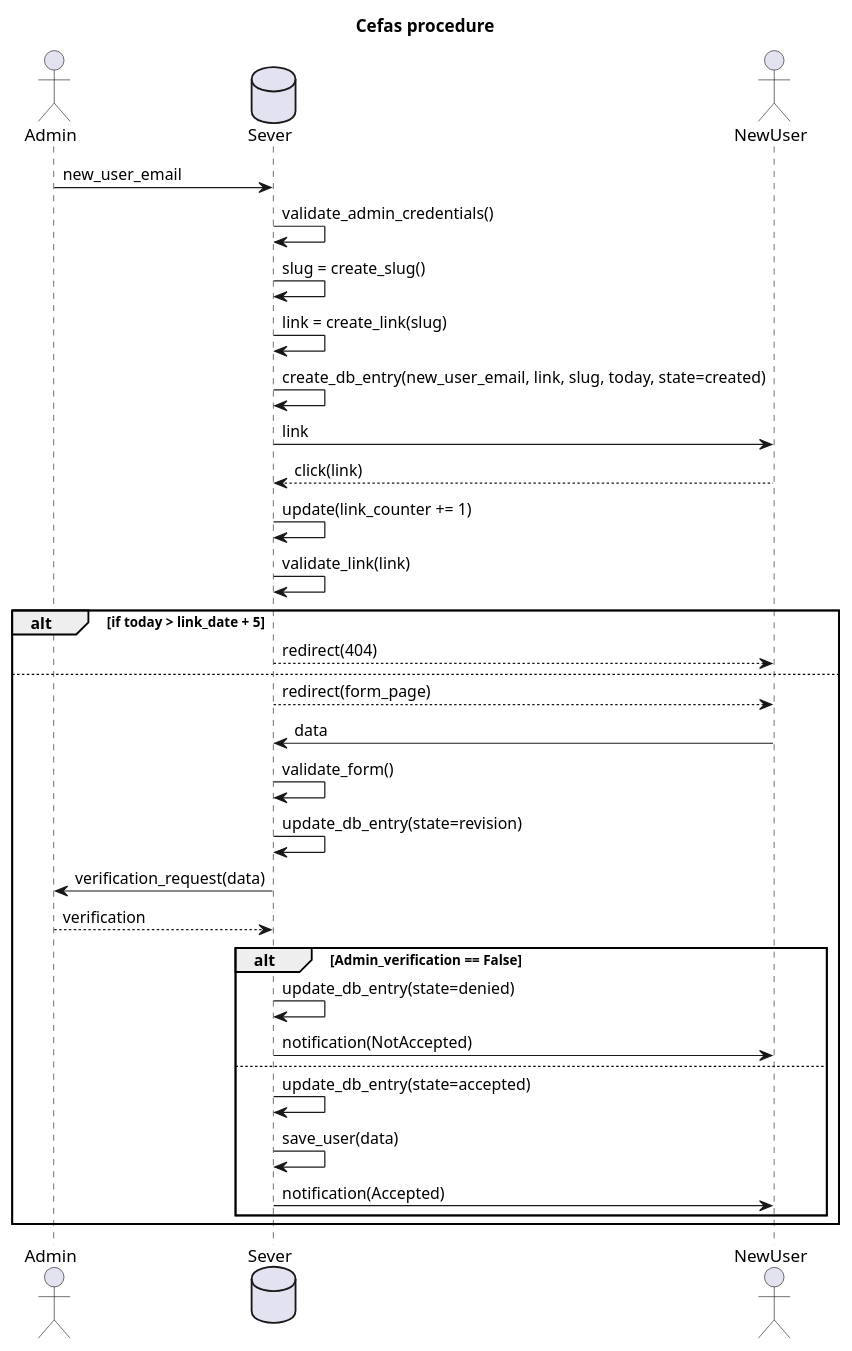
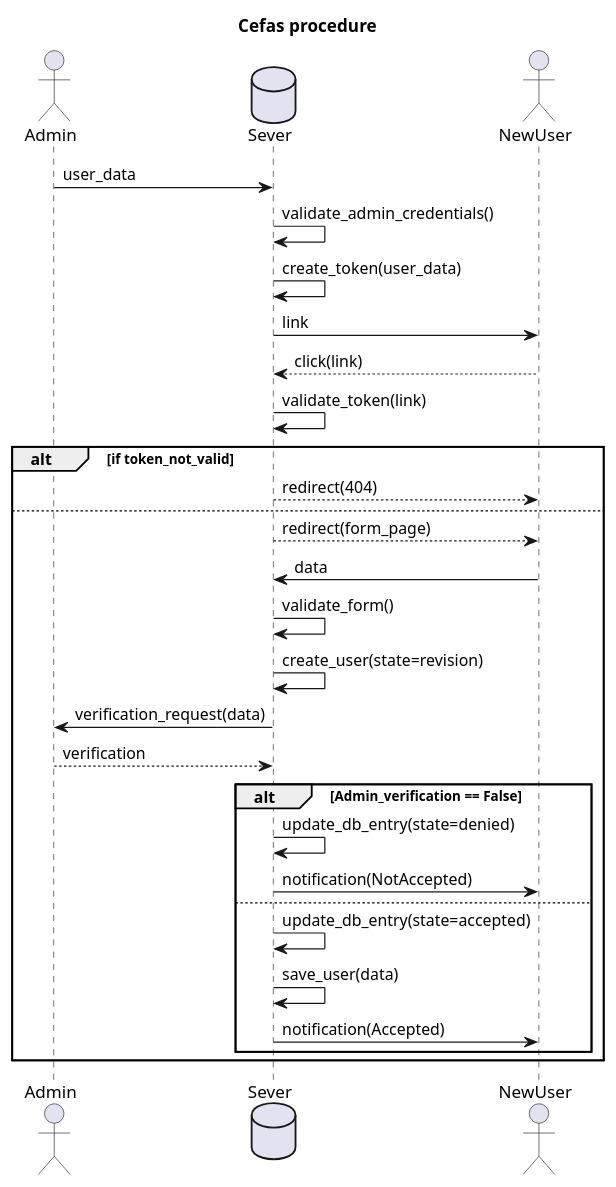
Before and after one commit to MeletChirino/Cefas: the diagram in uml/Cefas_flow.iuml, drawn with PlantUML. The commit also changed 1 other file, not shown here.

```diff
--- a/uml/Cefas_flow.iuml
+++ b/uml/Cefas_flow.iuml
@@ -1,35 +1,32 @@
 @startuml
 title Cefas procedure
 
 actor Admin as admin
 database Sever as server
 actor NewUser as new
 
-admin -> server: new_user_email
+admin -> server: user_data
 server -> server: validate_admin_credentials()
-server -> server: slug = create_slug()
-server -> server: link = create_link(slug)
-server -> server: create_db_entry(new_user_email, link, slug, today, state=created)
+server -> server: create_token(user_data)
 server -> new: link
 new --> server: click(link)
-server -> server: update(link_counter += 1)
-server -> server: validate_link(link)
-alt if today > link_date + 5
-server --> new: redirect(404)
+server -> server: validate_token(link)
+alt if token_not_valid 
+	server --> new: redirect(404)
 else
-server --> new: redirect(form_page)
-new -> server: data
-server -> server:validate_form()
-server -> server: update_db_entry(state=revision)
-server -> admin: verification_request(data)
-admin --> server: verification
-alt Admin_verification == False
-server -> server: update_db_entry(state=denied)
-server -> new: notification(NotAccepted)
-else
-server -> server: update_db_entry(state=accepted)
-server -> server: save_user(data)
-server -> new: notification(Accepted)
-end alt
+	server --> new: redirect(form_page)
+	new -> server: data
+	server -> server:validate_form()
+	server -> server: create_user(state=revision)
+	server -> admin: verification_request(data)
+	admin --> server: verification
+	alt Admin_verification == False
+		server -> server: update_db_entry(state=denied)
+		server -> new: notification(NotAccepted)
+	else
+		server -> server: update_db_entry(state=accepted)
+		server -> server: save_user(data)
+		server -> new: notification(Accepted)
+	end alt
 end alt 
 @enduml
```
